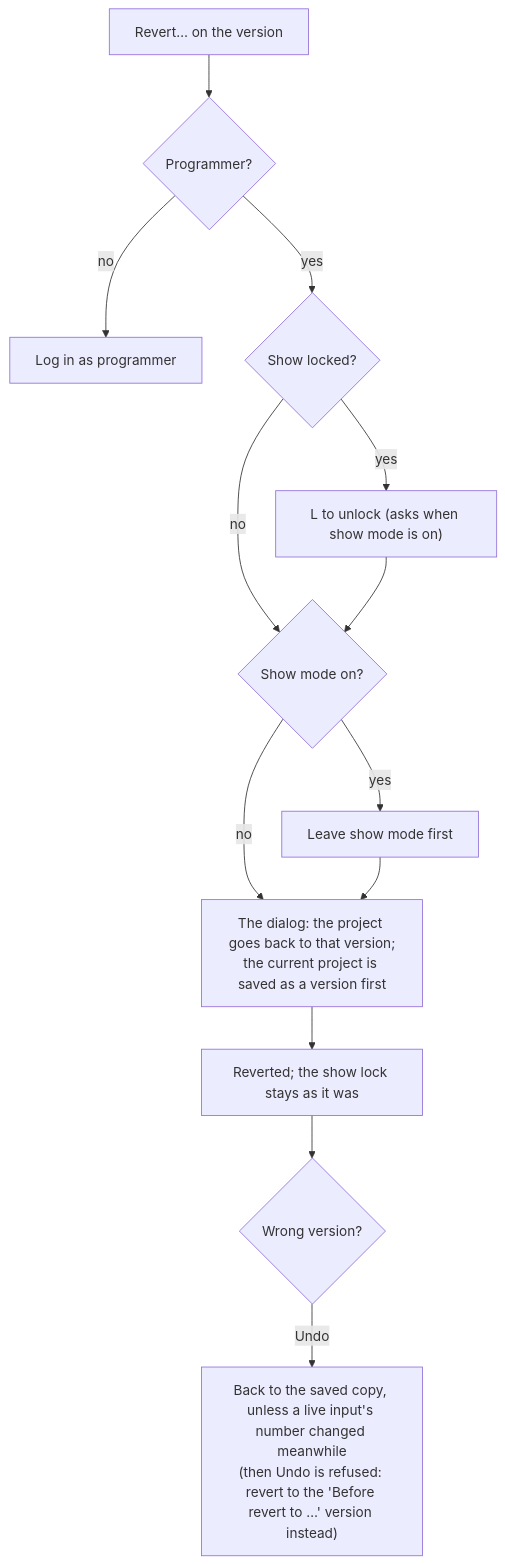
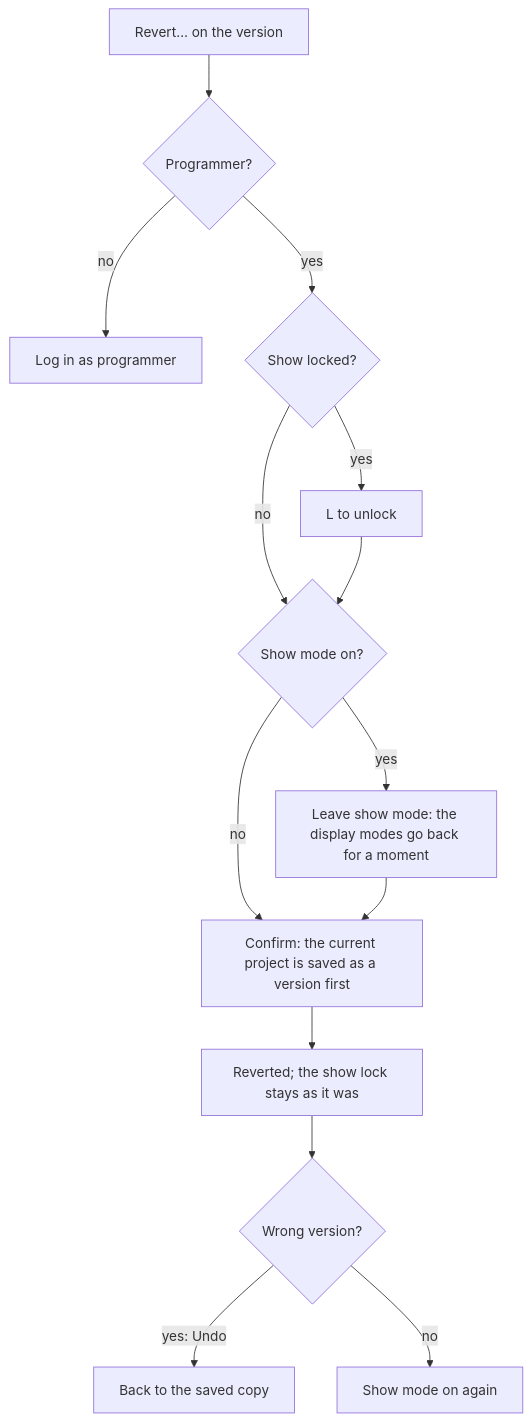
Before and after one commit to Timdebruijn/fanous: the second of 2 diagrams in docs/user/troubleshooting.md, drawn with Mermaid. The commit also changed other lines of this file and 7 other files, not shown here.

````diff
--- a/docs/user/troubleshooting.md
+++ b/docs/user/troubleshooting.md
@@ -244,15 +364,16 @@
 ```mermaid
 flowchart TD
   start["Revert… on the version"] --> role{"Programmer?"}
   role -- no --> login["Log in as programmer"]
   role -- yes --> lock{"Show locked?"}
-  lock -- yes --> unlock["L to unlock (asks when show mode is on)"]
+  lock -- yes --> unlock["L to unlock"]
   lock -- no --> mode{"Show mode on?"}
   unlock --> mode
-  mode -- yes --> leave["Leave show mode first"]
-  mode -- no --> dialog["The dialog: the project goes back to that version;<br>the current project is saved as a version first"]
+  mode -- yes --> leave["Leave show mode: the display modes go back for a moment"]
+  mode -- no --> dialog["Confirm: the current project is saved as a version first"]
   leave --> dialog
   dialog --> done["Reverted; the show lock stays as it was"]
-  done --> undo{"Wrong version?"}
-  undo -- "Undo" --> back["Back to the saved copy, unless a live input's number changed meanwhile<br>(then Undo is refused: revert to the 'Before revert to …' version instead)"]
+  done --> wrong{"Wrong version?"}
+  wrong -- "yes: Undo" --> back["Back to the saved copy"]
+  wrong -- no --> fin["Show mode on again"]
 ```
````
